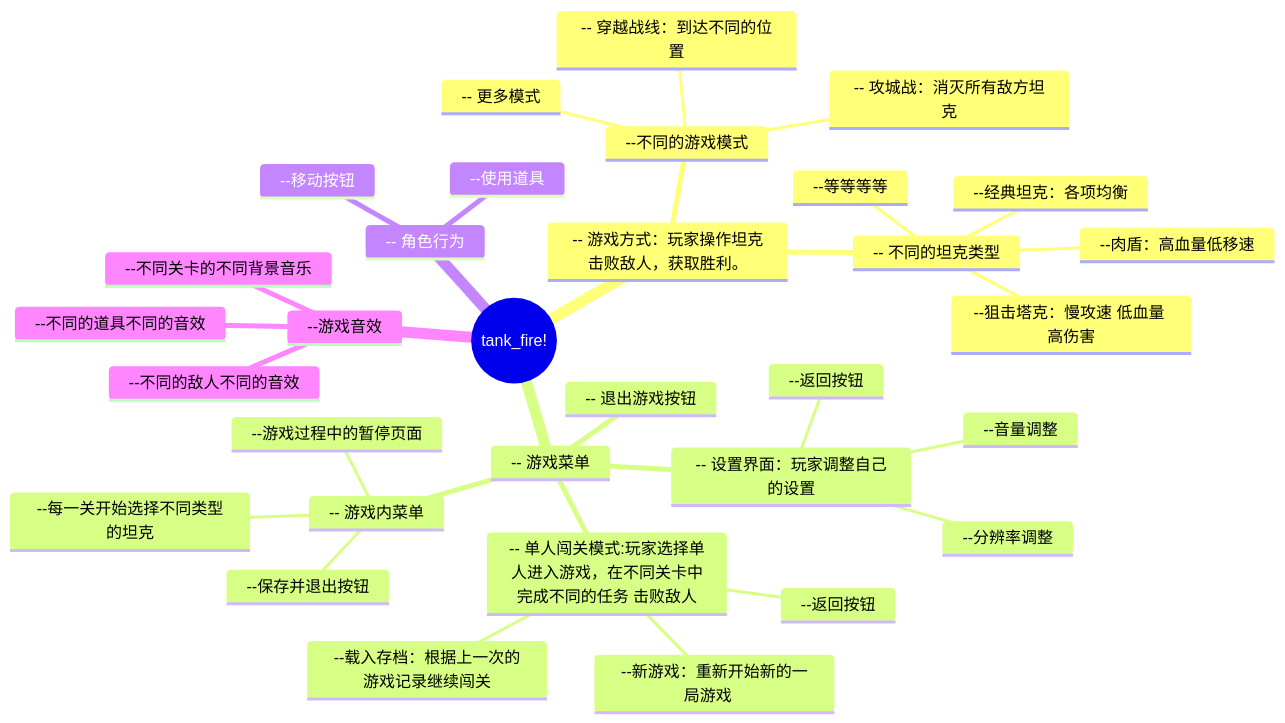
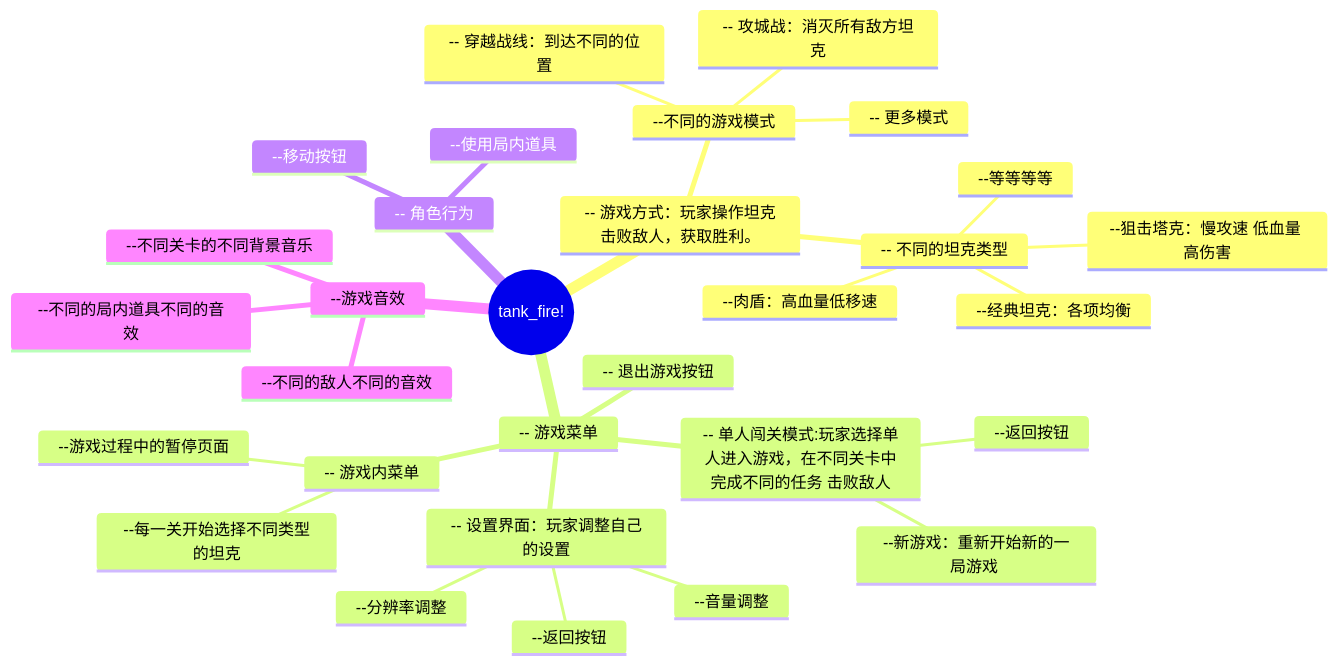
The first of 2 diagrams in README.md (bjhh2005/tank_fire), drawn with Mermaid before and after one commit. The commit also changed other lines of this file, not shown here.

````diff
--- a/README.md
+++ b/README.md
@@ -3,36 +3,34 @@
 ```mermaid
 mindmap
   root((tank_fire!))
     -- 游戏方式：玩家操作坦克击败敌人，获取胜利。
         --不同的游戏模式
             -- 穿越战线：到达不同的位置
             -- 攻城战：消灭所有敌方坦克
             -- 更多模式
         -- 不同的坦克类型
             --经典坦克：各项均衡
             --狙击塔克：慢攻速 低血量 高伤害
             --肉盾：高血量低移速
             --等等等等
 
     -- 游戏菜单
         -- 单人闯关模式:玩家选择单人进入游戏，在不同关卡中完成不同的任务 击败敌人
-            --新游戏：重新开始新的一局游戏   
-            --载入存档：根据上一次的游戏记录继续闯关
+            --新游戏：重新开始新的一局游戏 
             --返回按钮
         -- 设置界面：玩家调整自己的设置
             --音量调整
             --分辨率调整
             --返回按钮
         -- 退出游戏按钮
         -- 游戏内菜单
             --游戏过程中的暂停页面
-            --保存并退出按钮
             --每一关开始选择不同类型的坦克
     -- 角色行为
         --移动按钮
-        --使用道具
+        --使用局内道具
     --游戏音效
         --不同关卡的不同背景音乐
-        --不同的道具不同的音效
+        --不同的局内道具不同的音效
         --不同的敌人不同的音效
 ```
````
